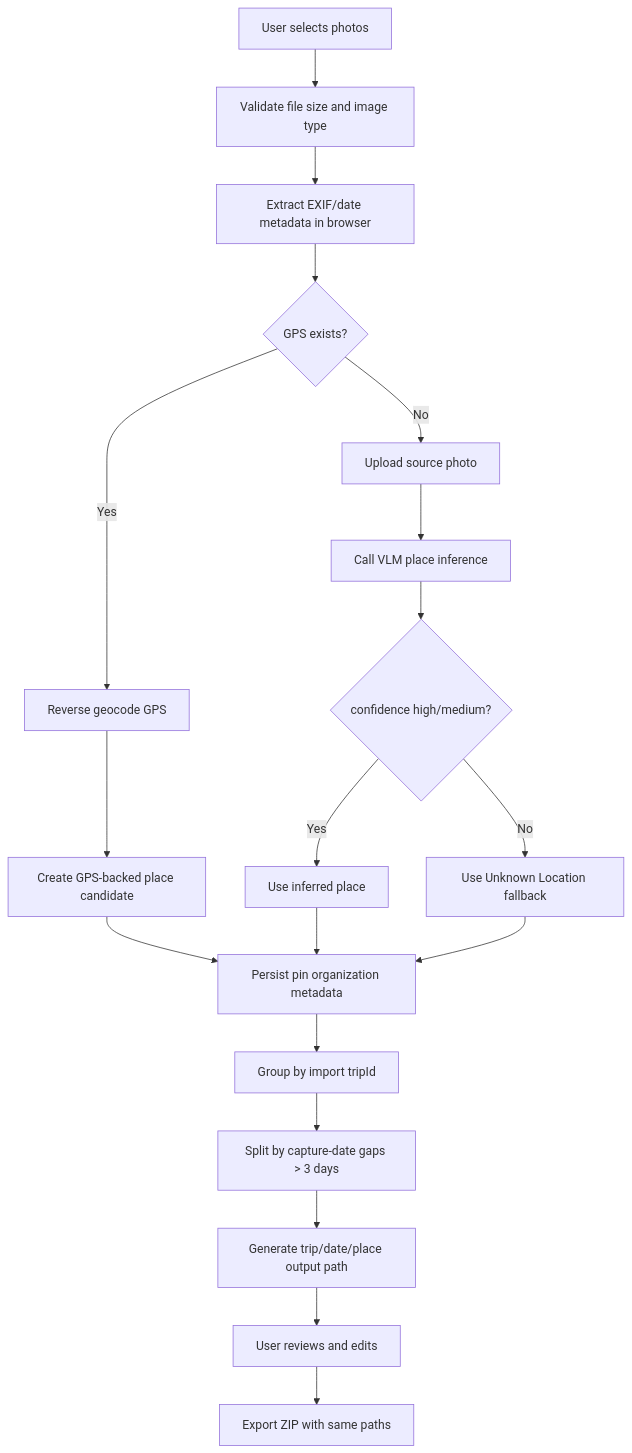
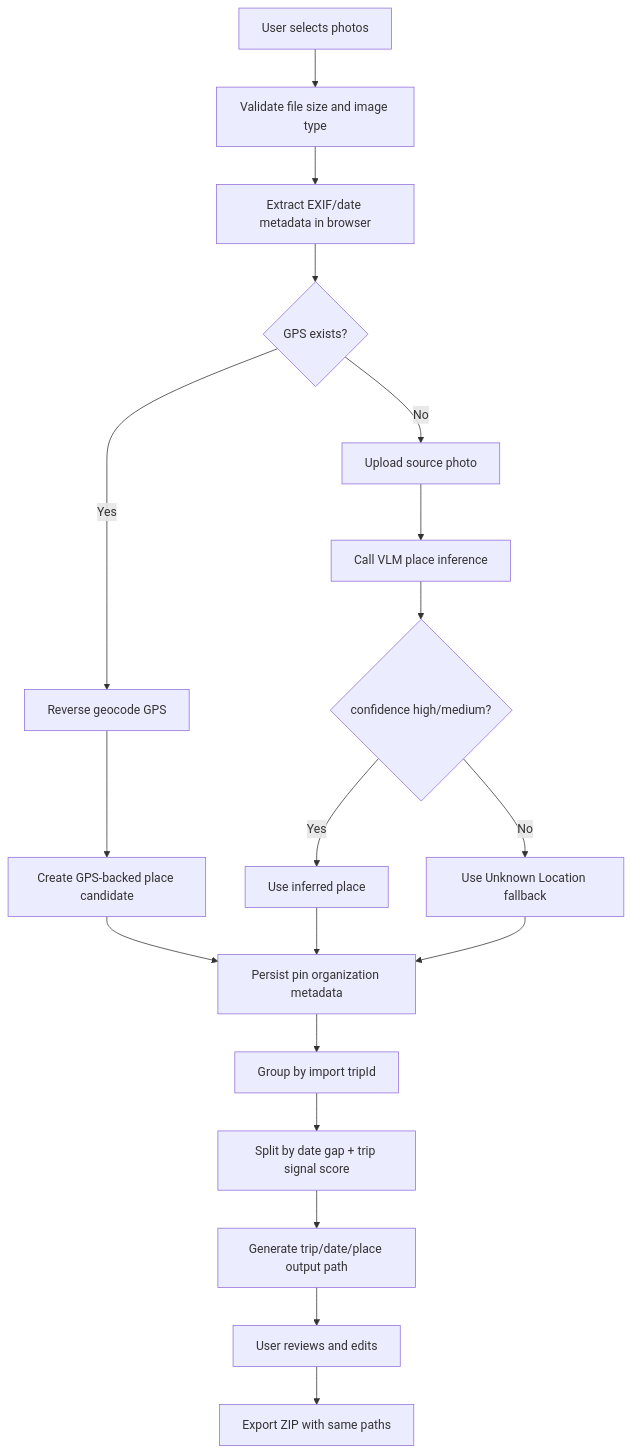
One commit to nisdh2916/tripsort changed the diagram in docs/tripsort-sorting-flow.md. Above: the diagram before and after it, drawn with Mermaid. The commit also changed other lines of this file and 9 other files, not shown here.

Commit message:
Add trip signal scoring controls

````diff
--- a/docs/tripsort-sorting-flow.md
+++ b/docs/tripsort-sorting-flow.md
@@ -48,21 +49,21 @@
 ```mermaid
 flowchart TD
   A["User selects photos"] --> B["Validate file size and image type"]
   B --> C["Extract EXIF/date metadata in browser"]
   C --> D{"GPS exists?"}
   D -->|Yes| E["Reverse geocode GPS"]
   E --> F["Create GPS-backed place candidate"]
   D -->|No| G["Upload source photo"]
   G --> H["Call VLM place inference"]
   H --> I{"confidence high/medium?"}
   I -->|Yes| J["Use inferred place"]
   I -->|No| K["Use Unknown Location fallback"]
   F --> L["Persist pin organization metadata"]
   J --> L
   K --> L
   L --> M["Group by import tripId"]
-  M --> N["Split by capture-date gaps > 3 days"]
+  M --> N["Split by date gap + trip signal score"]
   N --> O["Generate trip/date/place output path"]
   O --> P["User reviews and edits"]
   P --> Q["Export ZIP with same paths"]
 ```
````
